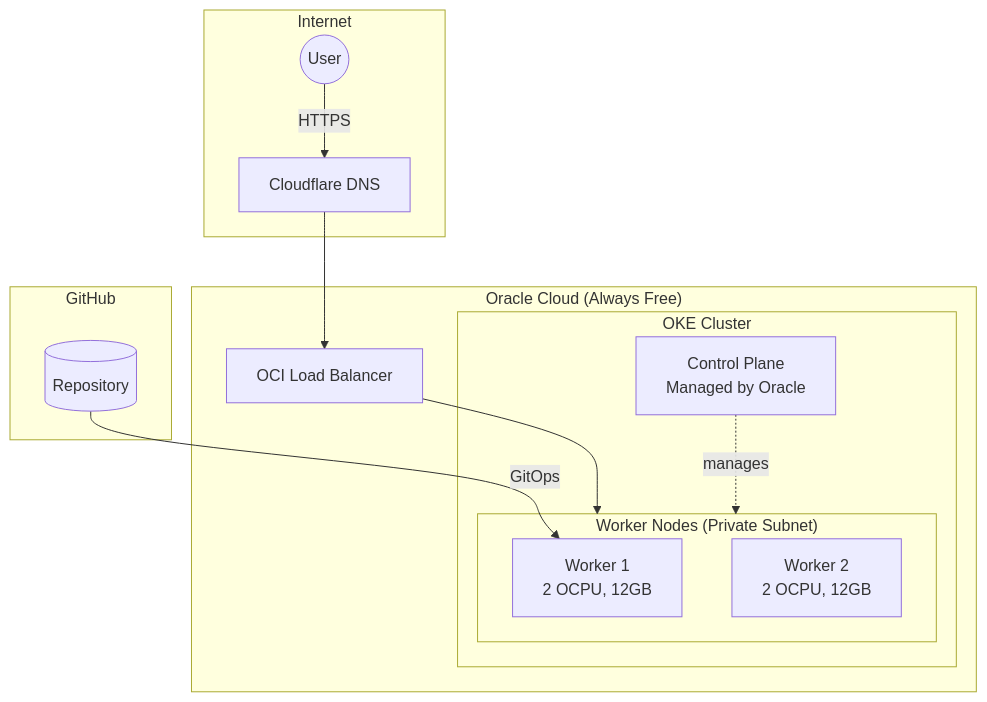
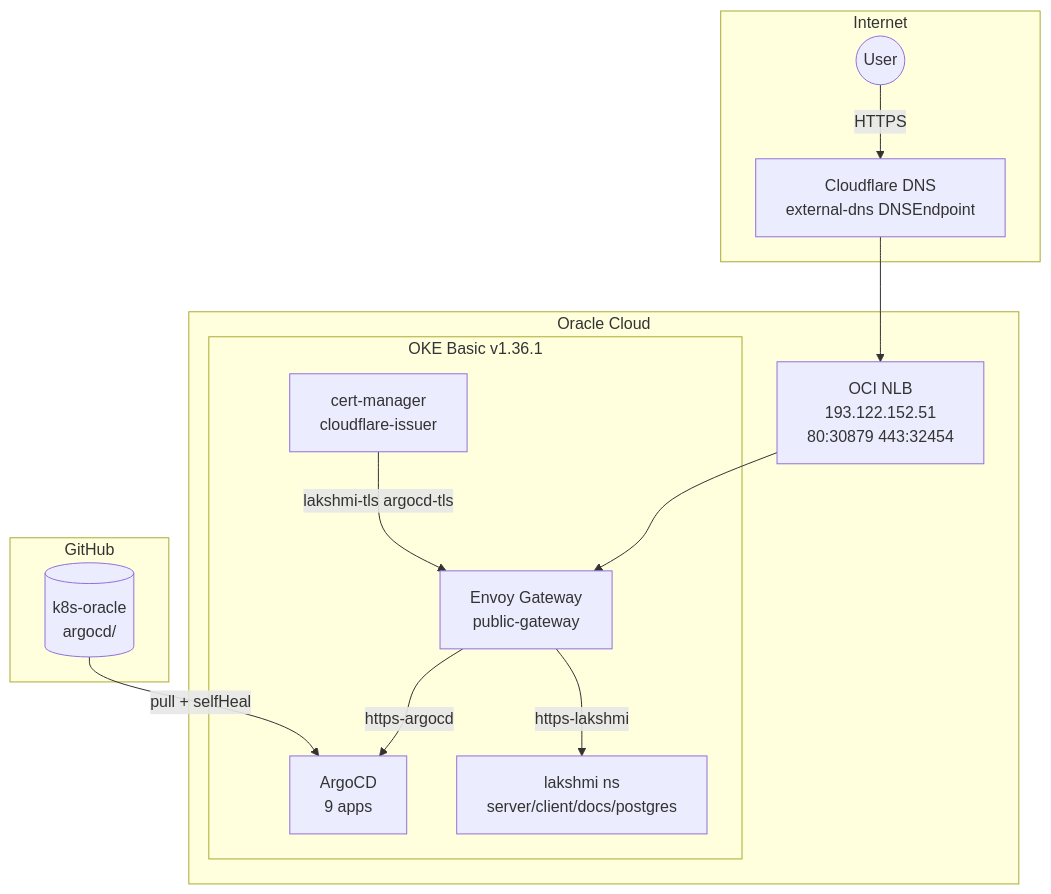
The first of 2 diagrams in README.md (nsudhanva/k8s-oracle), drawn with Mermaid before and after one commit. The commit also changed other lines of this file and 1 other file, not shown here.

First line of the commit message:
docs: sync README and AGENTS with live cluster state and Vault wiring

````diff
--- a/README.md
+++ b/README.md
@@ -7,28 +9,29 @@
 ```mermaid
 graph TB
     subgraph Internet
         User((User))
-        CF[Cloudflare DNS]
+        CF[Cloudflare DNS<br/>external-dns DNSEndpoint]
     end
 
-    subgraph OCI["Oracle Cloud (Always Free)"]
-        subgraph OKE["OKE Cluster"]
-            CP[Control Plane<br/>Managed by Oracle]
-            subgraph Workers["Worker Nodes (Private Subnet)"]
-                W1[Worker 1<br/>2 OCPU, 12GB]
-                W2[Worker 2<br/>2 OCPU, 12GB]
-            end
+    subgraph OCI["Oracle Cloud"]
+        LB[OCI NLB<br/>193.122.152.51<br/>80:30879 443:32454]
+        subgraph OKE["OKE Basic v1.36.1"]
+            EG[Envoy Gateway<br/>public-gateway]
+            ARGO[ArgoCD<br/>9 apps]
+            LAK[lakshmi ns<br/>server/client/docs/postgres]
+            CM[cert-manager<br/>cloudflare-issuer]
         end
-        LB[OCI Load Balancer]
     end
 
     subgraph GitHub
-        Repo[(Repository)]
+        Repo[(k8s-oracle<br/>argocd/)]
     end
 
     User -->|HTTPS| CF
     CF --> LB
-    LB --> Workers
-    CP -.->|manages| Workers
-    Repo -->|GitOps| W1
+    LB --> EG
+    EG -->|https-lakshmi| LAK
+    EG -->|https-argocd| ARGO
+    Repo -->|pull + selfHeal| ARGO
+    CM -->|lakshmi-tls argocd-tls| EG
 ```
````
